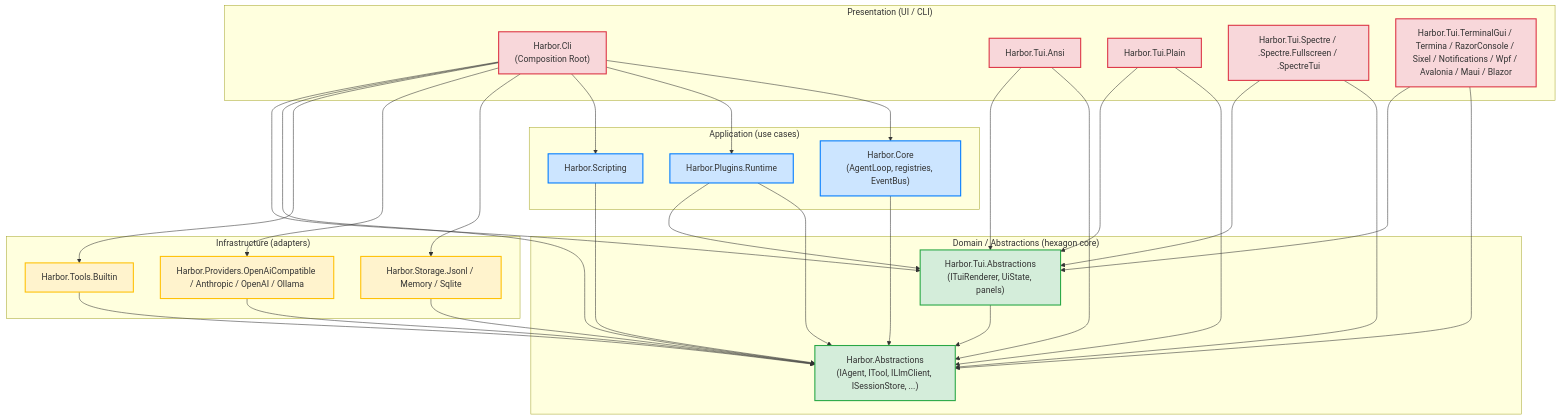
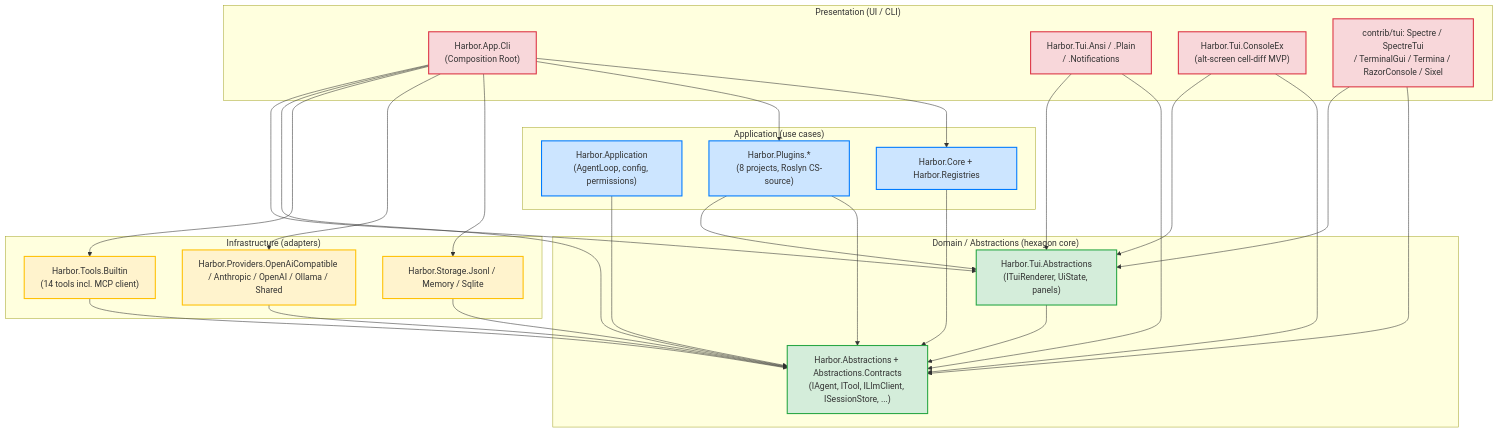
Before and after one commit to refusedguy/Harbor-Harness: the diagram in docs/ARCHITECTURE_LAYERS.md, drawn with Mermaid. The commit also changed other lines of this file and 12 other files, not shown here.

Commit message:
docs(core): ROADMAP v0.5/v0.6 сверены с кодом (plugins/MCP done), PROJECT_STATUS/BENCHMARKS/ARCHITECTURE* под актуальную структуру, shell-recon* помечены архивными (DOCS-ZERO D1a)

````diff
--- a/docs/ARCHITECTURE_LAYERS.md
+++ b/docs/ARCHITECTURE_LAYERS.md
@@ -141,66 +137,62 @@
 ```mermaid
 flowchart TB
     subgraph Pres["Presentation (UI / CLI)"]
-        Cli["Harbor.Cli<br/>(Composition Root)"]
-        TuiAnsi["Harbor.Tui.Ansi"]
-        TuiPlain["Harbor.Tui.Plain"]
-        TuiSpectre["Harbor.Tui.Spectre / .Spectre.Fullscreen / .SpectreTui"]
-        TuiOther["Harbor.Tui.TerminalGui / Termina / RazorConsole / Sixel / Notifications / Wpf / Avalonia / Maui / Blazor"]
+        Cli["Harbor.App.Cli<br/>(Composition Root)"]
+        TuiAnsi["Harbor.Tui.Ansi / .Plain<br/>/ .Notifications"]
+        TuiConsoleEx["Harbor.Tui.ConsoleEx<br/>(alt-screen cell-diff MVP)"]
+        TuiContrib["contrib/tui: Spectre / SpectreTui<br/>/ TerminalGui / Termina / RazorConsole / Sixel"]
     end
 
     subgraph App["Application (use cases)"]
-        Core["Harbor.Core<br/>(AgentLoop, registries, EventBus)"]
-        Plugins["Harbor.Plugins.Runtime"]
-        Scripting["Harbor.Scripting"]
+        AppLayer["Harbor.Application<br/>(AgentLoop, config, permissions)"]
+        Core["Harbor.Core + Harbor.Registries"]
+        Plugins["Harbor.Plugins.*<br/>(8 projects, Roslyn CS-source)"]
     end
 
     subgraph Infra["Infrastructure (adapters)"]
         Storage["Harbor.Storage.Jsonl / Memory / Sqlite"]
-        Providers["Harbor.Providers.OpenAiCompatible / Anthropic / OpenAI / Ollama"]
-        Tools["Harbor.Tools.Builtin"]
+        Providers["Harbor.Providers.OpenAiCompatible / Anthropic / OpenAI / Ollama / Shared"]
+        Tools["Harbor.Tools.Builtin<br/>(14 tools incl. MCP client)"]
     end
 
     subgraph Domain["Domain / Abstractions (hexagon core)"]
-        Abs["Harbor.Abstractions<br/>(IAgent, ITool, ILlmClient, ISessionStore, ...)"]
+        Abs["Harbor.Abstractions + Abstractions.Contracts<br/>(IAgent, ITool, ILlmClient, ISessionStore, ...)"]
         TuiAbs["Harbor.Tui.Abstractions<br/>(ITuiRenderer, UiState, panels)"]
     end
 
     Cli --> Core
     Cli --> Plugins
-    Cli --> Scripting
     Cli --> Storage
     Cli --> Providers
     Cli --> Tools
     Cli --> Abs
     Cli --> TuiAbs
 
     TuiAnsi --> Abs
     TuiAnsi --> TuiAbs
-    TuiPlain --> Abs
-    TuiPlain --> TuiAbs
-    TuiSpectre --> Abs
-    TuiSpectre --> TuiAbs
-    TuiOther --> Abs
-    TuiOther --> TuiAbs
+    TuiConsoleEx --> Abs
+    TuiConsoleEx --> TuiAbs
+    TuiContrib --> Abs
+    TuiContrib --> TuiAbs
 
+    AppLayer --> Abs
     Core --> Abs
     Plugins --> Abs
     Plugins --> TuiAbs
-    Scripting --> Abs
 
     Storage --> Abs
     Providers --> Abs
     Tools --> Abs
 
     TuiAbs --> Abs
 
     classDef domain fill:#d4edda,stroke:#28a745,stroke-width:2px
     classDef app fill:#cce5ff,stroke:#007bff,stroke-width:2px
     classDef infra fill:#fff3cd,stroke:#ffc107,stroke-width:2px
     classDef pres fill:#f8d7da,stroke:#dc3545,stroke-width:2px
 
     class Abs,TuiAbs domain
-    class Core,Plugins,Scripting app
+    class AppLayer,Core,Plugins app
     class Storage,Providers,Tools infra
-    class Cli,TuiAnsi,TuiPlain,TuiSpectre,TuiOther pres
+    class Cli,TuiAnsi,TuiConsoleEx,TuiContrib pres
 ```
````
